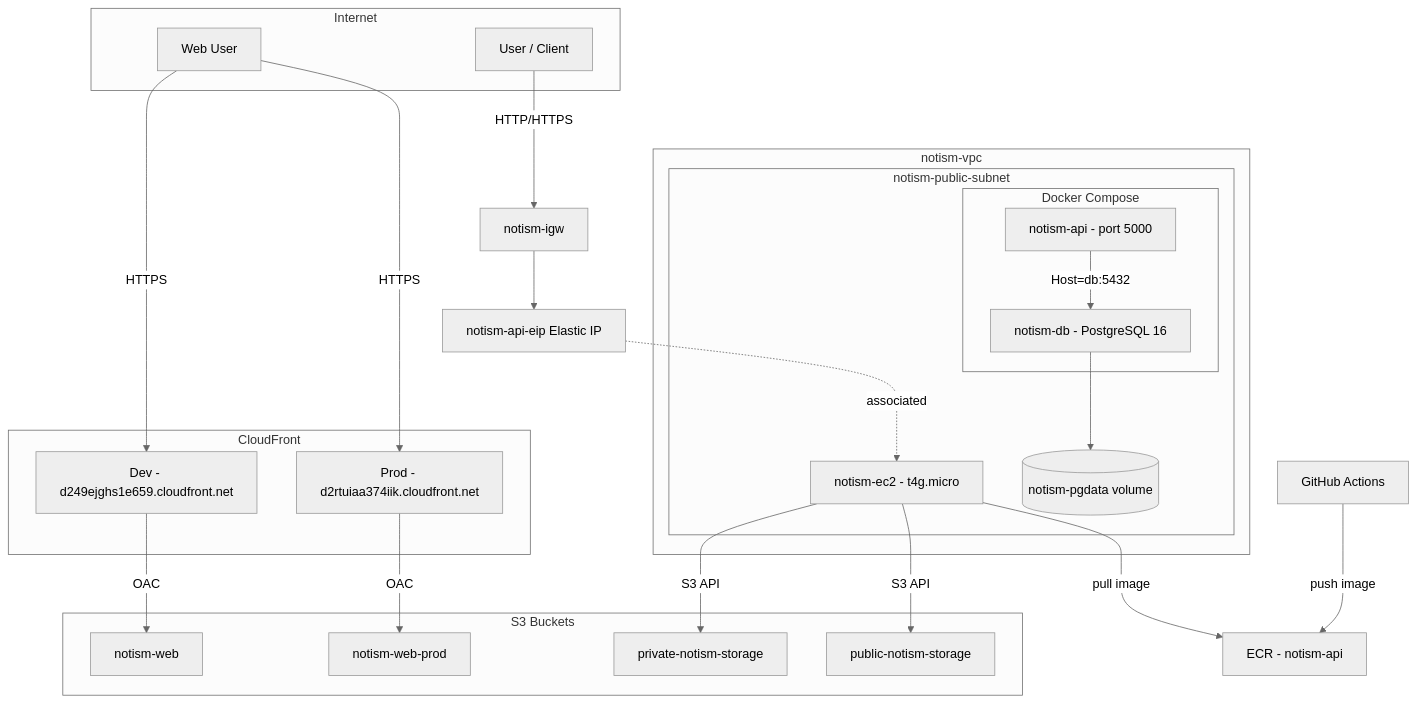
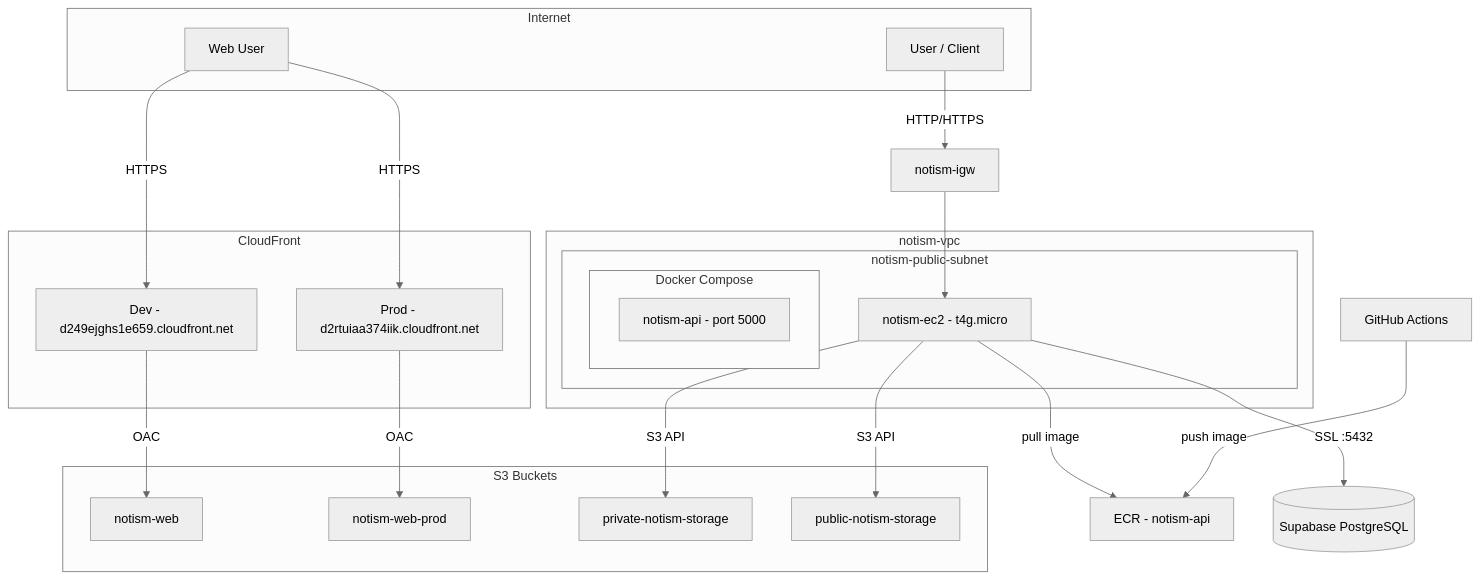
The first of 2 diagrams in docs/infra/aws-architecture.md (simpscal/notism-api), drawn with Mermaid (neutral theme) before and after one commit. The commit also changed other lines of this file and 1 other file, not shown here.

First line of the commit message:
docs(infra): update architecture docs for Supabase migration

````diff
--- a/docs/infra/aws-architecture.md
+++ b/docs/infra/aws-architecture.md
@@ -9,49 +9,45 @@
 ```mermaid
 flowchart TB
   subgraph internet [Internet]
     User[User / Client]
     WebUser[Web User]
   end
 
   IGW[notism-igw]
   ECR[ECR - notism-api]
-
-  EIP[notism-api-eip Elastic IP]
+  Supabase[(Supabase PostgreSQL)]
 
   subgraph cdn [CloudFront]
     CFDev[Dev - d249ejghs1e659.cloudfront.net]
     CFProd[Prod - d2rtuiaa374iik.cloudfront.net]
   end
 
   subgraph s3 [S3 Buckets]
     S3Web[notism-web]
     S3WebProd[notism-web-prod]
     S3Private[private-notism-storage]
     S3Public[public-notism-storage]
   end
 
   subgraph vpc [notism-vpc]
     subgraph publicSubnet [notism-public-subnet]
       EC2[notism-ec2 - t4g.micro]
       subgraph compose [Docker Compose]
         API[notism-api - port 5000]
-        PG[notism-db - PostgreSQL 16]
-        API -->|"Host=db:5432"| PG
       end
-      PG --> Vol[(notism-pgdata volume)]
     end
   end
 
   WebUser -->|HTTPS| CFDev
   WebUser -->|HTTPS| CFProd
   CFDev -->|OAC| S3Web
   CFProd -->|OAC| S3WebProd
 
   User -->|HTTP/HTTPS| IGW
-  IGW --> EIP
-  EIP -.->|associated| EC2
+  IGW --> EC2
   EC2 -->|S3 API| S3Private
   EC2 -->|S3 API| S3Public
   EC2 -->|pull image| ECR
+  EC2 -->|"SSL :5432"| Supabase
   CI[GitHub Actions] -->|push image| ECR
 ```
````
